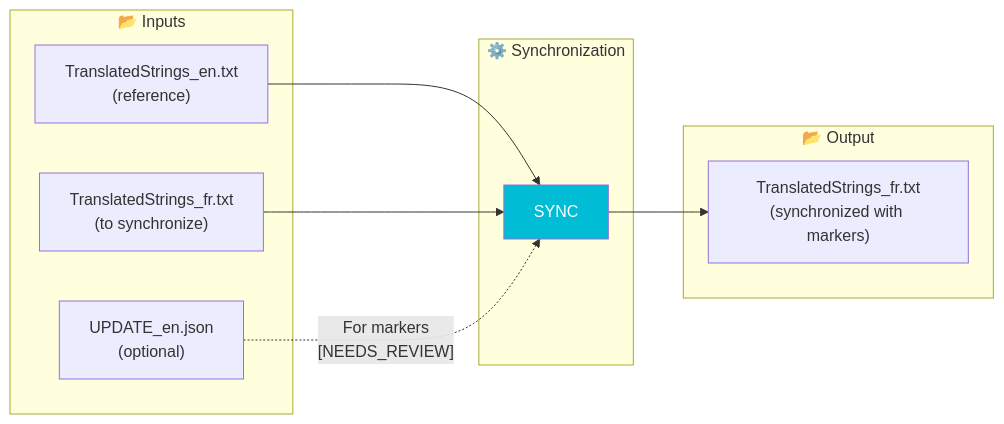
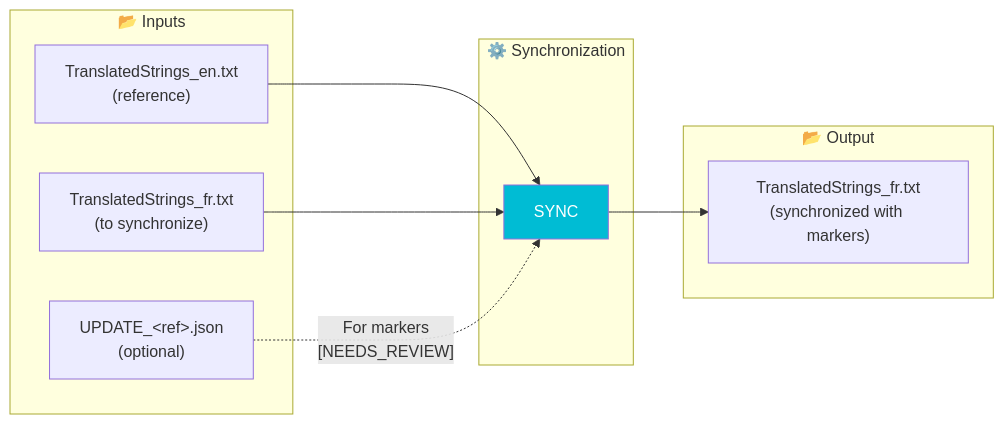
One commit to Gotcha26/Adobe_Lightroom_Translation_Plugins_Kit changed the first of 2 diagrams in tools/translator/__doc__/en/commands/SYNC.md. Above: the diagram before and after it, drawn with Mermaid. The commit also changed other lines of this file and 28 other files, not shown here.

````diff
--- a/tools/translator/__doc__/en/commands/SYNC.md
+++ b/tools/translator/__doc__/en/commands/SYNC.md
@@ -17,23 +17,23 @@
 ```mermaid
 flowchart LR
     subgraph Input["📂 Inputs"]
         I1["TranslatedStrings_en.txt<br/>(reference)"]
         I2["TranslatedStrings_fr.txt<br/>(to synchronize)"]
-        I3["UPDATE_en.json<br/>(optional)"]
+        I3["UPDATE_&lt;ref&gt;.json<br/>(optional)"]
     end
 
     subgraph Process["⚙️ Synchronization"]
         P["SYNC"]
     end
 
     subgraph Output["📂 Output"]
         O["TranslatedStrings_fr.txt<br/>(synchronized with markers)"]
     end
 
     I1 --> P
     I2 --> P
     I3 -.->|"For markers<br/>[NEEDS_REVIEW]"| P
     P --> O
 
     style P fill:#00BCD4,color:#fff
 ```
````
